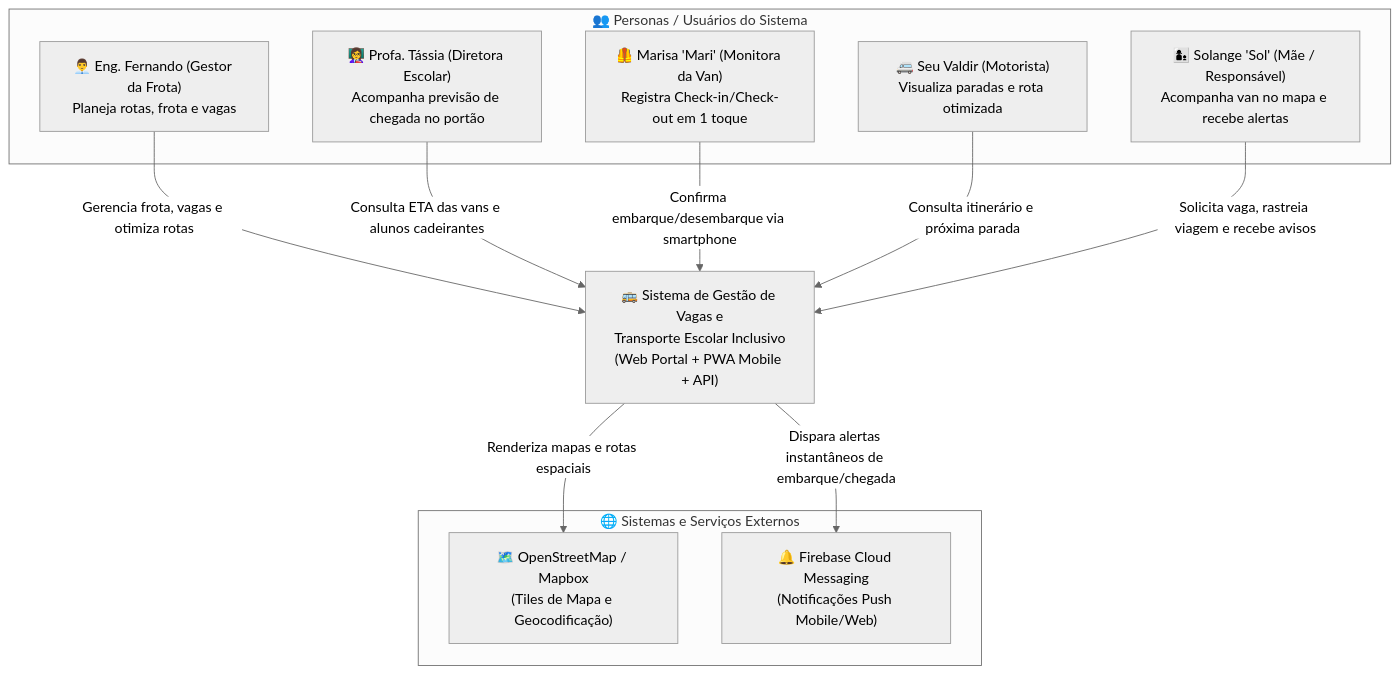
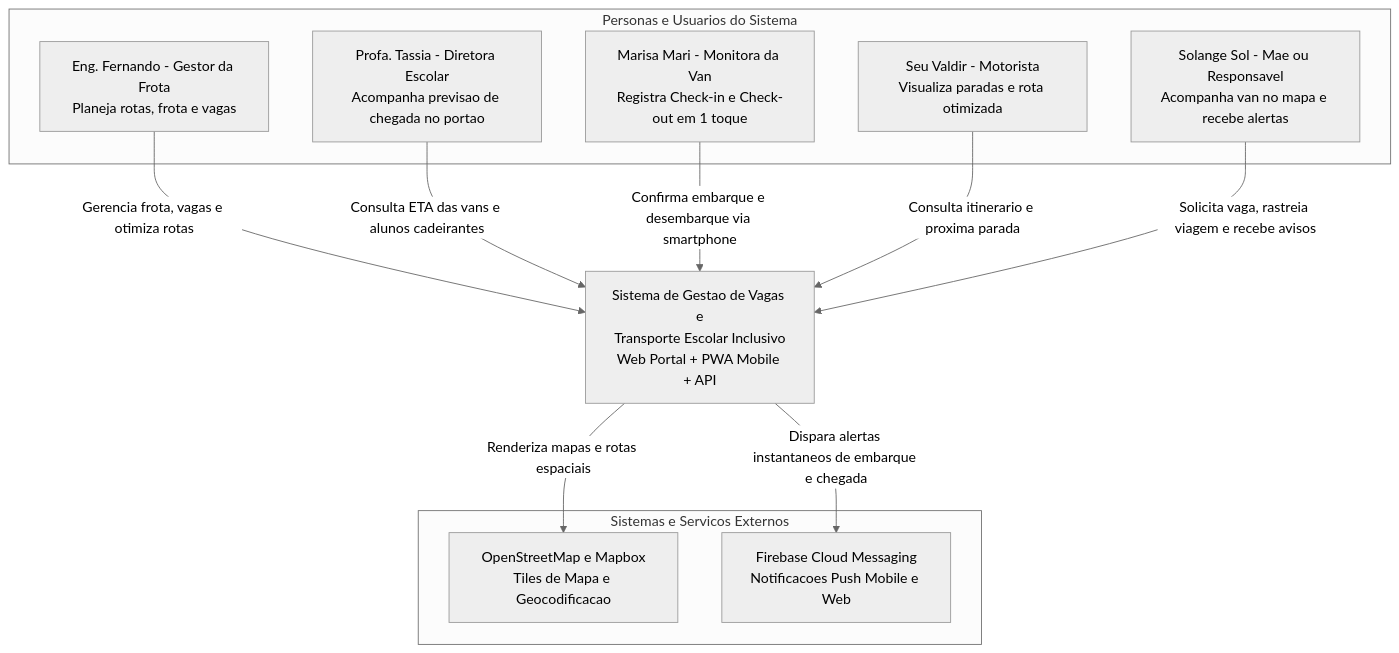
The first of 4 diagrams in docs/ADR-arquitetura.md (projeto-extensionista-11/Sistema-de-Gest-o-de-Vagas-e-Adapta-o-de-Transporte-Escolar-Inclusivo), drawn with Mermaid (neutral theme) before and after one commit. The commit also changed other lines of this file and 2 other files, not shown here.

Commit message:
fix(docs): quote Mermaid edge labels and use br tags for GitHub rendering

````diff
--- a/docs/ADR-arquitetura.md
+++ b/docs/ADR-arquitetura.md
@@ -29,26 +29,26 @@
 ```mermaid
 flowchart TB
-    subgraph Personas["👥 Personas / Usuários do Sistema"]
-        Gestor["👨‍💼 Eng. Fernando (Gestor da Frota)\nPlaneja rotas, frota e vagas"]
-        Diretora["👩‍🏫 Profa. Tássia (Diretora Escolar)\nAcompanha previsão de chegada no portão"]
-        Monitora["🦺 Marisa 'Mari' (Monitora da Van)\nRegistra Check-in/Check-out em 1 toque"]
-        Motorista["🚐 Seu Valdir (Motorista)\nVisualiza paradas e rota otimizada"]
-        Mae["👩‍👦 Solange 'Sol' (Mãe / Responsável)\nAcompanha van no mapa e recebe alertas"]
+    subgraph Personas["Personas e Usuarios do Sistema"]
+        Gestor["Eng. Fernando - Gestor da Frota<br/>Planeja rotas, frota e vagas"]
+        Diretora["Profa. Tassia - Diretora Escolar<br/>Acompanha previsao de chegada no portao"]
+        Monitora["Marisa Mari - Monitora da Van<br/>Registra Check-in e Check-out em 1 toque"]
+        Motorista["Seu Valdir - Motorista<br/>Visualiza paradas e rota otimizada"]
+        Mae["Solange Sol - Mae ou Responsavel<br/>Acompanha van no mapa e recebe alertas"]
     end
 
-    Sistema["🚌 Sistema de Gestão de Vagas e\nTransporte Escolar Inclusivo\n(Web Portal + PWA Mobile + API)"]
+    Sistema["Sistema de Gestao de Vagas e<br/>Transporte Escolar Inclusivo<br/>Web Portal + PWA Mobile + API"]
 
-    subgraph Externos["🌐 Sistemas e Serviços Externos"]
-        Mapas["🗺️ OpenStreetMap / Mapbox\n(Tiles de Mapa e Geocodificação)"]
-        FCM["🔔 Firebase Cloud Messaging\n(Notificações Push Mobile/Web)"]
+    subgraph Externos["Sistemas e Servicos Externos"]
+        Mapas["OpenStreetMap e Mapbox<br/>Tiles de Mapa e Geocodificacao"]
+        FCM["Firebase Cloud Messaging<br/>Notificacoes Push Mobile e Web"]
     end
 
-    Gestor -->|Gerencia frota, vagas e otimiza rotas| Sistema
-    Diretora -->|Consulta ETA das vans e alunos cadeirantes| Sistema
-    Monitora -->|Confirma embarque/desembarque via smartphone| Sistema
-    Motorista -->|Consulta itinerário e próxima parada| Sistema
-    Mae -->|Solicita vaga, rastreia viagem e recebe avisos| Sistema
+    Gestor -->|"Gerencia frota, vagas e otimiza rotas"| Sistema
+    Diretora -->|"Consulta ETA das vans e alunos cadeirantes"| Sistema
+    Monitora -->|"Confirma embarque e desembarque via smartphone"| Sistema
+    Motorista -->|"Consulta itinerario e proxima parada"| Sistema
+    Mae -->|"Solicita vaga, rastreia viagem e recebe avisos"| Sistema
 
-    Sistema -->|Renderiza mapas e rotas espaciais| Mapas
-    Sistema -->|Dispara alertas instantâneos de embarque/chegada| FCM
+    Sistema -->|"Renderiza mapas e rotas espaciais"| Mapas
+    Sistema -->|"Dispara alertas instantaneos de embarque e chegada"| FCM
 ```
````
